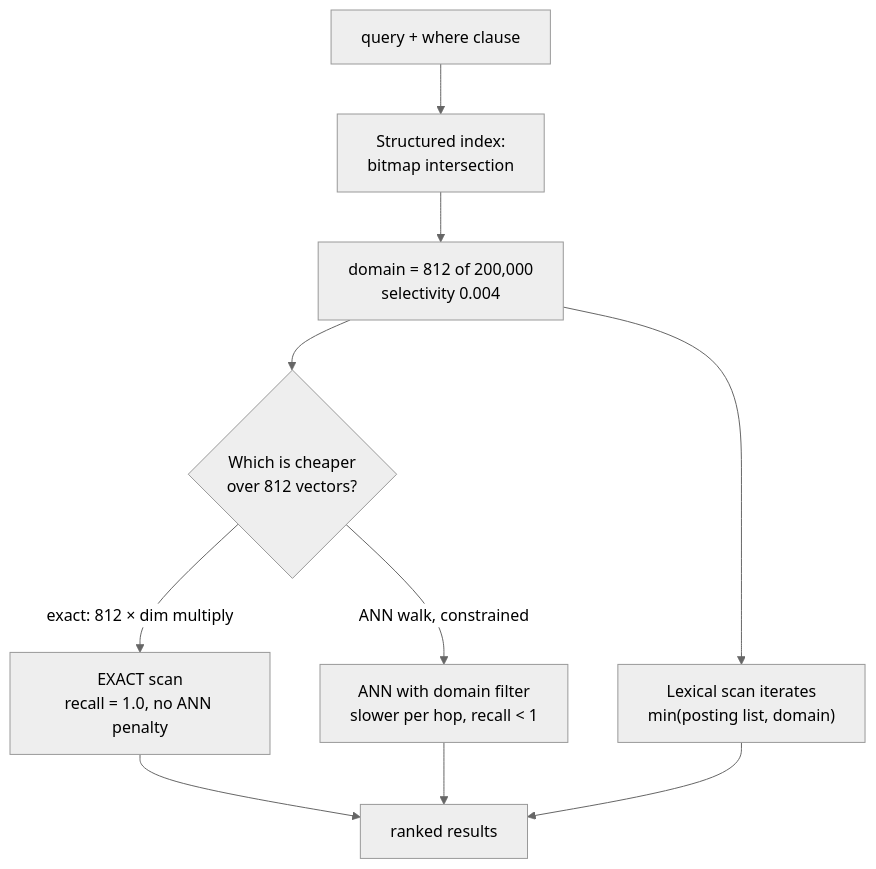
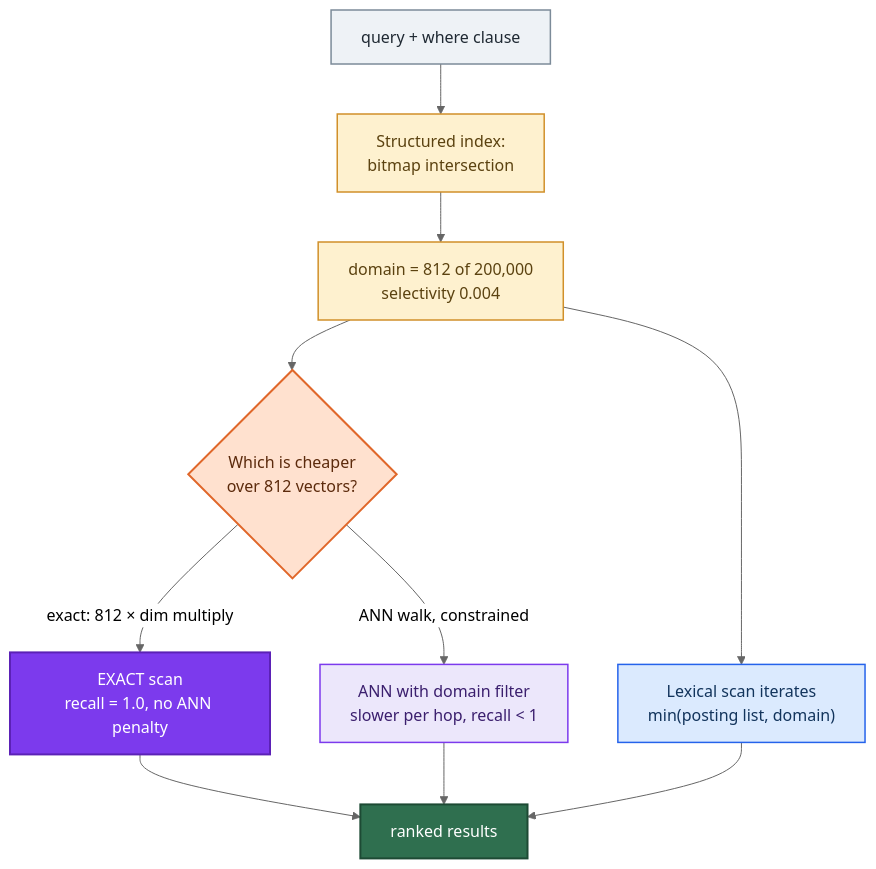
One commit to cosmos-dx/broccolisearch changed the eighth of 9 diagrams in BOOK.md. Above: the diagram before and after it, drawn with Mermaid (neutral theme). The commit also changed other lines of this file and 4 other files, not shown here.

````diff
--- a/BOOK.md
+++ b/BOOK.md
@@ -1520,12 +1544,27 @@
 ```mermaid
 flowchart TB
     Q["query + where clause"] --> F["Structured index:<br/>bitmap intersection"]
     F --> D["domain = 812 of 200,000<br/>selectivity 0.004"]
     D --> DEC{"Which is cheaper<br/>over 812 vectors?"}
     DEC -->|"exact: 812 × dim multiply"| EX["EXACT scan<br/>recall = 1.0, no ANN penalty"]
     DEC -->|"ANN walk, constrained"| AN["ANN with domain filter<br/>slower per hop, recall < 1"]
     EX --> R["ranked results"]
     AN --> R
     D --> L["Lexical scan iterates<br/>min(posting list, domain)"]
     L --> R
+
+    classDef inp  fill:#eef2f6,stroke:#7c8b99,stroke-width:1.5px,color:#1f2933
+    classDef str  fill:#fef1cf,stroke:#d1902a,stroke-width:1.5px,color:#5b4210
+    classDef dec  fill:#ffe1cf,stroke:#e0672a,stroke-width:2px,color:#5c2a0c
+    classDef win  fill:#7c3aed,stroke:#5b21b6,stroke-width:2px,color:#ffffff
+    classDef vec  fill:#ece7fb,stroke:#7c3aed,stroke-width:1.5px,color:#3b1f6e
+    classDef lex  fill:#dbeafe,stroke:#2563eb,stroke-width:1.5px,color:#12345c
+    classDef out  fill:#2f6f4f,stroke:#1d4a34,stroke-width:2px,color:#ffffff
+    class Q inp
+    class F,D str
+    class DEC dec
+    class EX win
+    class AN vec
+    class L lex
+    class R out
 ```
````
